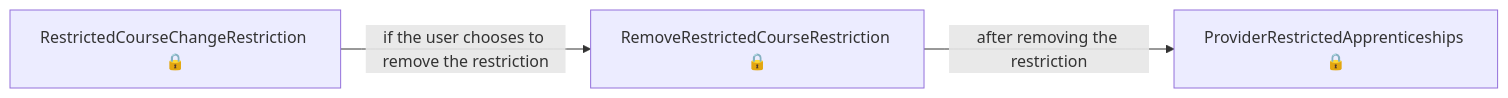
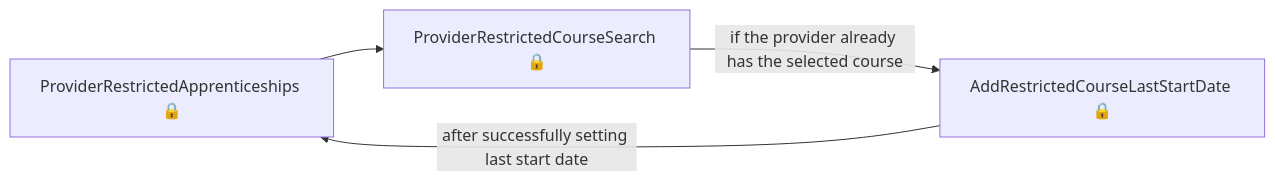
Diagram 12 of 15 in das-admin-roatp-web/user-journeys/user-journeys.md (talentconsulting/atlas-dfe), drawn with Mermaid before and after one commit. The commit also changed other lines of this file and 36 other files, not shown here.

````diff
--- a/das-admin-roatp-web/user-journeys/user-journeys.md
+++ b/das-admin-roatp-web/user-journeys/user-journeys.md
@@ -151,5 +153,6 @@
 ```mermaid
 flowchart LR
-  p0["RestrictedCourseChangeRestriction 🔒"] -->|"if the user chooses to remove the restriction"| p1["RemoveRestrictedCourseRestriction 🔒"]
-  p1["RemoveRestrictedCourseRestriction 🔒"] -->|"after removing the restriction"| p2["ProviderRestrictedApprenticeships 🔒"]
+  p0["ProviderRestrictedApprenticeships 🔒"] --> p1["ProviderRestrictedCourseSearch 🔒"]
+  p1["ProviderRestrictedCourseSearch 🔒"] -->|"if the provider already has the selected course"| p2["AddRestrictedCourseLastStartDate 🔒"]
+  p2["AddRestrictedCourseLastStartDate 🔒"] -->|"after successfully setting last start date"| p0["ProviderRestrictedApprenticeships 🔒"]
 ```
````
